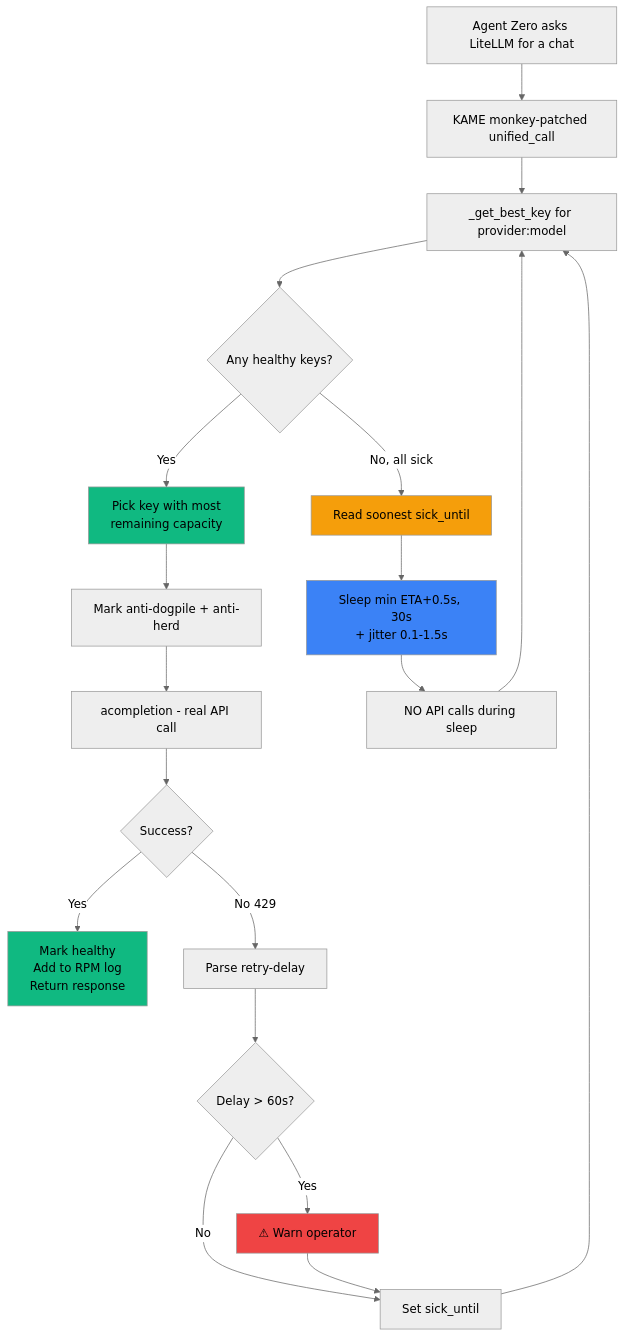
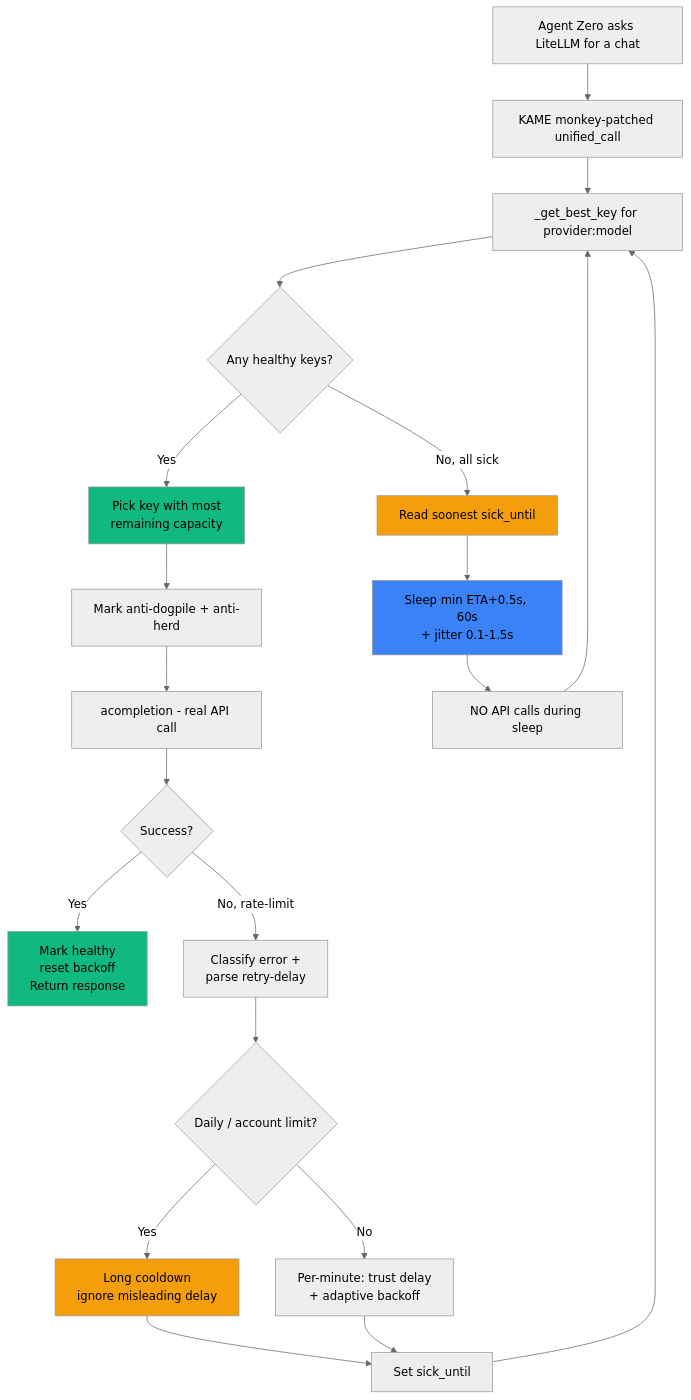
One commit to Kame696/kame-api-rotation-for-agent-zero changed the diagram in README.md. Above: the diagram before and after it, drawn with Mermaid (neutral theme). The commit also changed other lines of this file and 6 other files, not shown here.

````diff
--- a/README.md
+++ b/README.md
@@ -196,31 +227,32 @@
 ```mermaid
 flowchart TD
     A[Agent Zero asks LiteLLM for a chat] --> B[KAME monkey-patched unified_call]
     B --> C[_get_best_key for provider:model]
     C --> D{Any healthy keys?}
 
     D -->|Yes| E[Pick key with most<br/>remaining capacity]
     D -->|No, all sick| F[Read soonest sick_until]
 
     E --> G[Mark anti-dogpile + anti-herd]
     G --> H[acompletion - real API call]
     H --> I{Success?}
 
-    F --> J[Sleep min ETA+0.5s, 30s<br/>+ jitter 0.1-1.5s]
+    F --> J[Sleep min ETA+0.5s, 60s<br/>+ jitter 0.1-1.5s]
     J --> K[NO API calls during sleep]
     K --> C
 
-    I -->|Yes| L[Mark healthy<br/>Add to RPM log<br/>Return response]
-    I -->|No 429| M[Parse retry-delay]
-    M --> N{Delay > 60s?}
-    N -->|Yes| O[⚠ Warn operator]
-    N -->|No| P[Set sick_until]
-    O --> P
-    P --> C
+    I -->|Yes| L[Mark healthy<br/>reset backoff<br/>Return response]
+    I -->|No, rate-limit| M[Classify error +<br/>parse retry-delay]
+    M --> N{Daily / account limit?}
+    N -->|Yes| O[Long cooldown<br/>ignore misleading delay]
+    N -->|No| P[Per-minute: trust delay<br/>+ adaptive backoff]
+    O --> Q[Set sick_until]
+    P --> Q
+    Q --> C
 
     style E fill:#10b981
     style F fill:#f59e0b
     style L fill:#10b981
-    style O fill:#ef4444
+    style O fill:#f59e0b
     style J fill:#3b82f6
 ```
````
